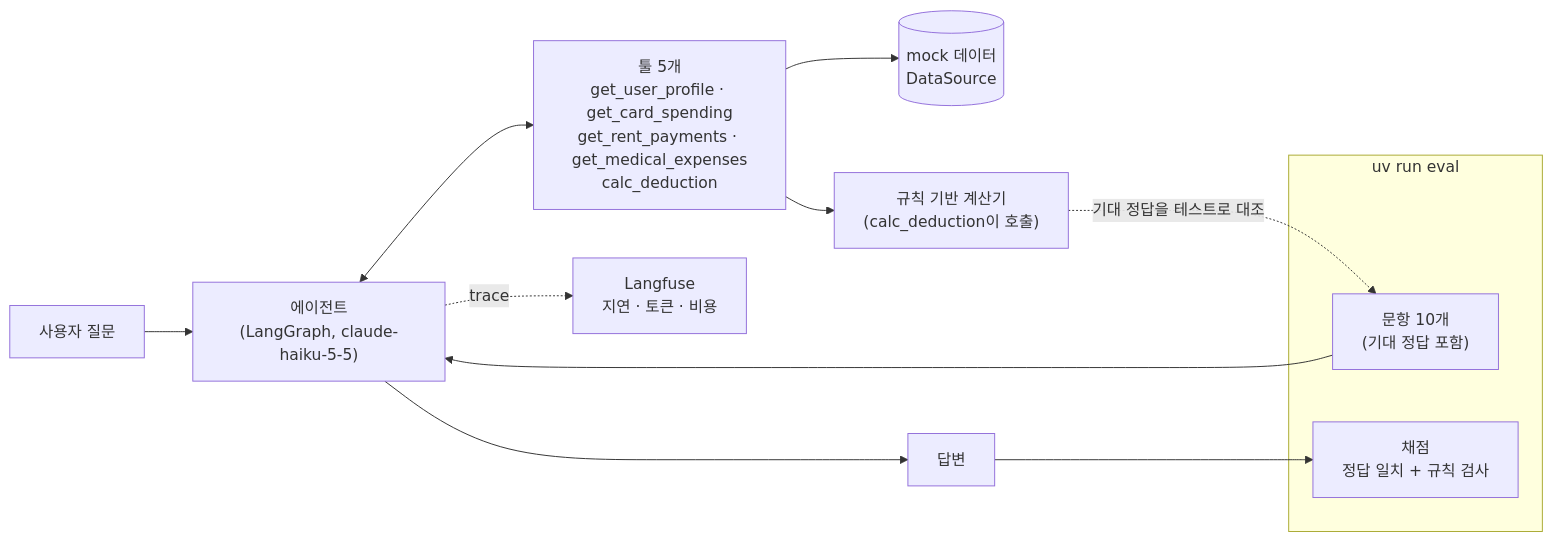
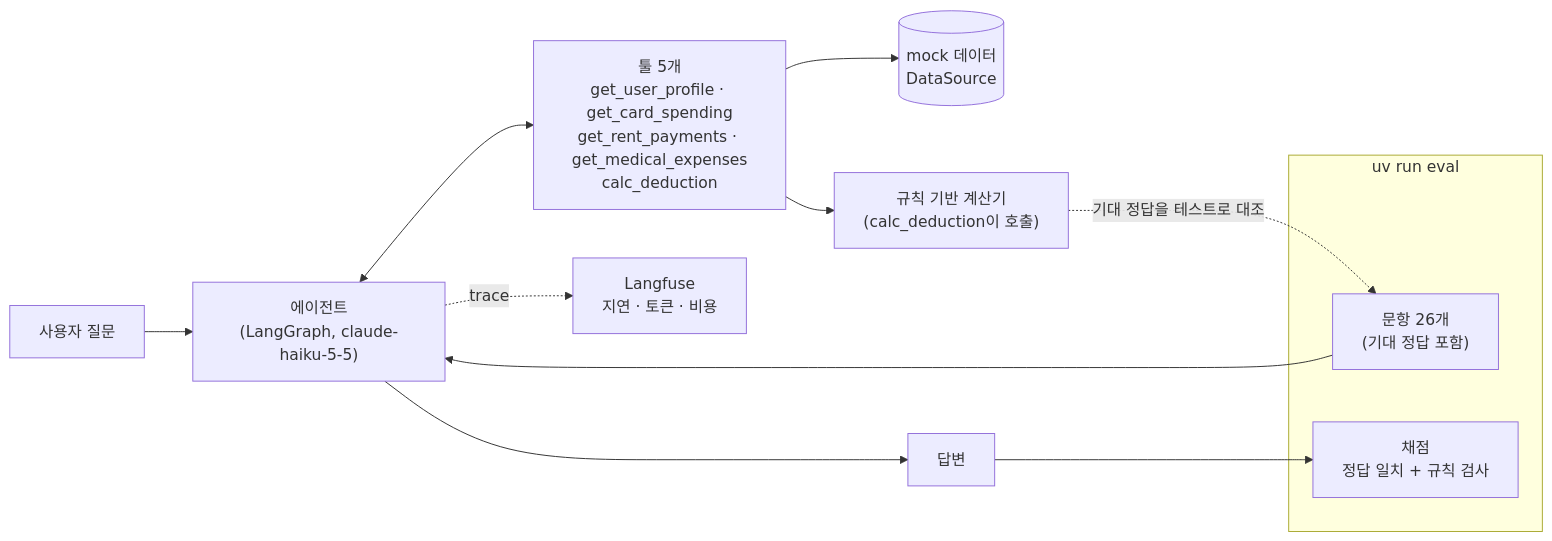
One commit to jooniorp/tax-agent-eval changed the diagram in README.md. Above: the diagram before and after it, drawn with Mermaid. The commit also changed other lines of this file and 3 other files, not shown here.

````diff
--- a/README.md
+++ b/README.md
@@ -13,16 +13,16 @@
 ```mermaid
 flowchart LR
     Q["사용자 질문"] --> A["에이전트<br/>(LangGraph, claude-haiku-5-5)"]
     A <--> T["툴 5개<br/>get_user_profile · get_card_spending<br/>get_rent_payments · get_medical_expenses<br/>calc_deduction"]
     T --> D[("mock 데이터<br/>DataSource")]
     T --> C["규칙 기반 계산기<br/>(calc_deduction이 호출)"]
     A --> R["답변"]
     A -.->|trace| L["Langfuse<br/>지연 · 토큰 · 비용"]
     subgraph EV ["uv run eval"]
-        E["문항 10개<br/>(기대 정답 포함)"]
+        E["문항 26개<br/>(기대 정답 포함)"]
         S["채점<br/>정답 일치 + 규칙 검사"]
     end
     E --> A
     R --> S
     C -.->|"기대 정답을 테스트로 대조"| E
 ```
````
